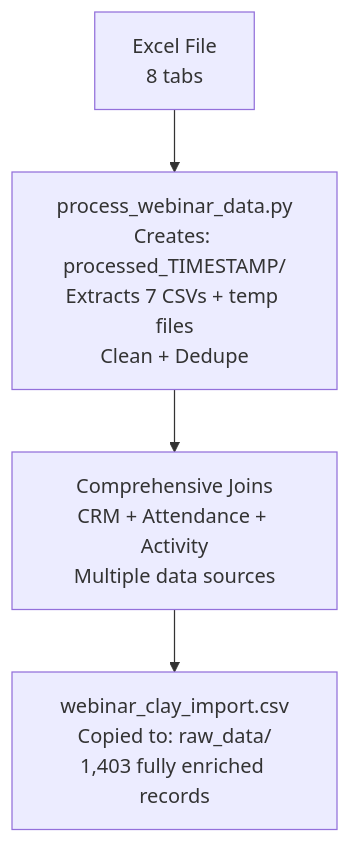
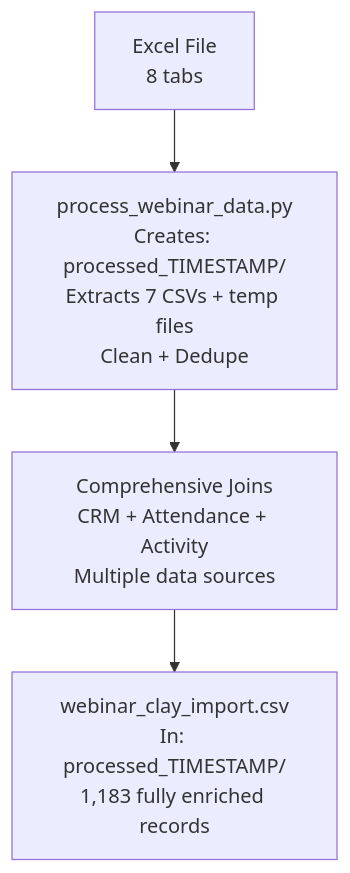
One commit to frankterpo/clay_gtm changed the diagram in README.md. Above: the diagram before and after it, drawn with Mermaid. The commit also changed other lines of this file and 1 other file, not shown here.

First line of the commit message:
🔄 FILE ORGANIZATION UPDATE: webinar_clay_import.csv now only exists in processed folders

````diff
--- a/README.md
+++ b/README.md
@@ -39,6 +39,6 @@
 ```mermaid
 flowchart TD
     A[Excel File<br/>8 tabs] --> B[process_webinar_data.py<br/>Creates: processed_TIMESTAMP/<br/>Extracts 7 CSVs + temp files<br/>Clean + Dedupe]
     B --> C[Comprehensive Joins<br/>CRM + Attendance + Activity<br/>Multiple data sources]
-    C --> D[webinar_clay_import.csv<br/>Copied to: raw_data/<br/>1,403 fully enriched records]
+    C --> D[webinar_clay_import.csv<br/>In: processed_TIMESTAMP/<br/>1,183 fully enriched records]
 ```
````
